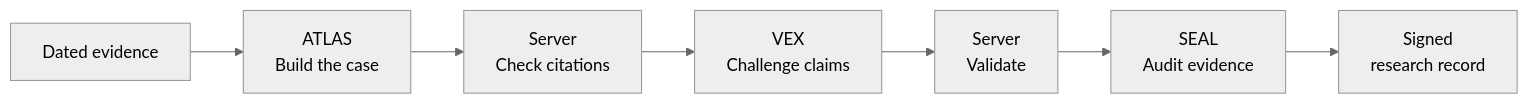
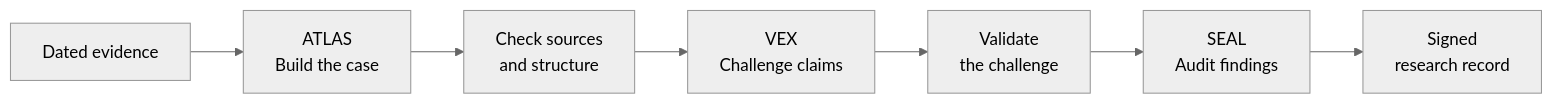
The first of 2 diagrams in README.md (Web3Kyami/Veyrin), drawn with Mermaid (neutral theme) before and after one commit. The commit also changed other lines of this file, not shown here.

````diff
--- a/README.md
+++ b/README.md
@@ -38,9 +50,9 @@
-```mermaid
+~~~mermaid
 flowchart LR
   A["Dated evidence"] --> B["ATLAS<br/>Build the case"]
-  B --> C["Server<br/>Check citations"]
+  B --> C["Check sources<br/>and structure"]
   C --> D["VEX<br/>Challenge claims"]
-  D --> E["Server<br/>Validate"]
-  E --> F["SEAL<br/>Audit evidence"]
+  D --> E["Validate<br/>the challenge"]
+  E --> F["SEAL<br/>Audit findings"]
   F --> G["Signed<br/>research record"]
-```
+~~~
````
